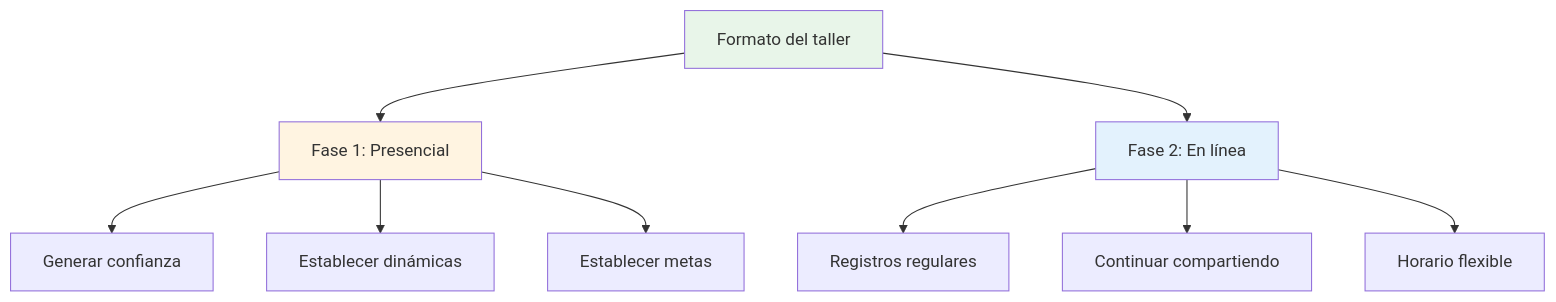
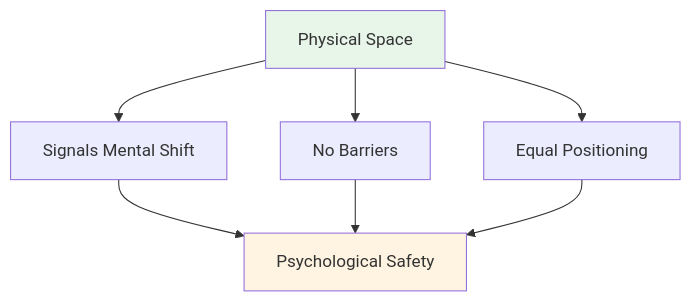
One commit to patwii/petanque-academy changed the second of 4 diagrams in docs/es/workshop.md. Above: the diagram before and after it, drawn with Mermaid. The commit also changed other lines of this file and 259 other files, not shown here.

````diff
--- a/docs/es/workshop.md
+++ b/docs/es/workshop.md
@@ -39,17 +85,13 @@
 ```mermaid
 graph TD
-    A[Formato del taller] --> B[Fase 1: Presencial]
-    A --> C[Fase 2: En línea]
+    A[Physical Space] --> B[Signals Mental Shift]
+    A --> C[No Barriers]
+    A --> D[Equal Positioning]
 
-    B --> D[Generar confianza]
-    B --> E[Establecer dinámicas]
-    B --> F[Establecer metas]
-
-    C --> G[Registros regulares]
-    C --> H[Continuar compartiendo]
-    C --> I[Horario flexible]
+    B --> E[Psychological Safety]
+    C --> E
+    D --> E
 
     style A fill:#e8f5e9
-    style B fill:#fff4e1
-    style C fill:#e3f2fd
+    style E fill:#fff4e1
 ```
````
